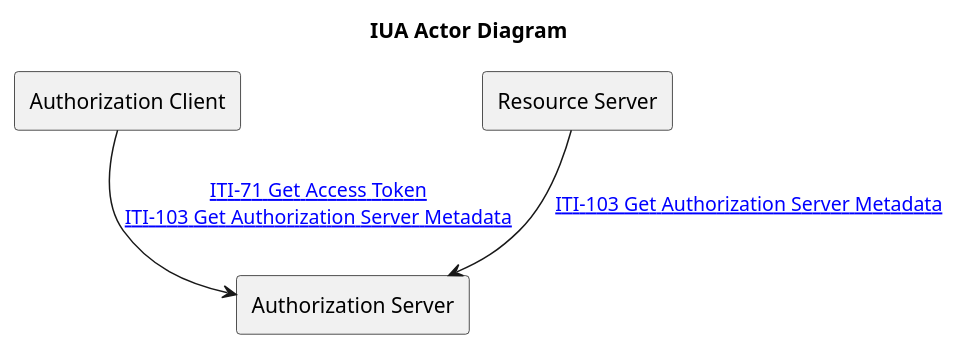
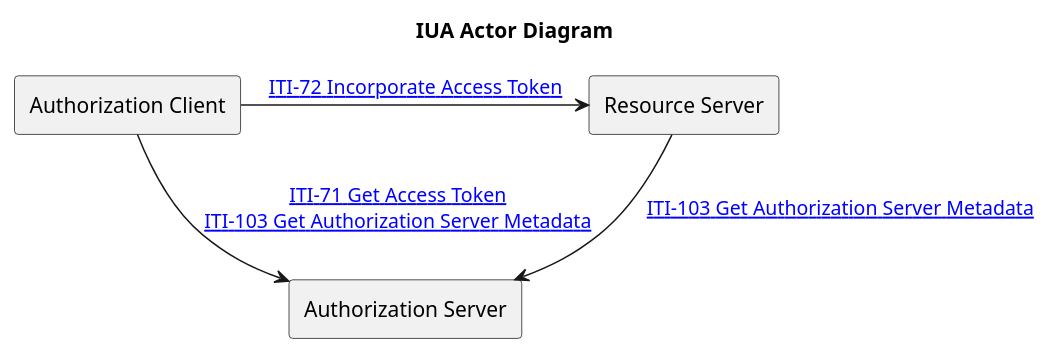
The diagram in input/images-source/IUA_actor_diagram.plantuml (ehealthsuisse/ch-epr-fhir), drawn with PlantUML before and after one commit. The commit also changed 16 other files, not shown here.

Commit message:
Incorporate Access Token [ITI-72] not mentioned in the IUA profile #249

```diff
--- a/input/images-source/IUA_actor_diagram.plantuml
+++ b/input/images-source/IUA_actor_diagram.plantuml
@@ -1,8 +1,9 @@
 @startuml
 title IUA Actor Diagram
 agent "Authorization Client" as Client
 agent "Resource Server" as ResourceServer
 agent "Authorization Server" as Server
+Client -> ResourceServer: "[[iti-72.html ITI-72 Incorporate Access Token]]"
 Client -down-> Server : "[[iti-71.html ITI-71 Get Access Token]]\n[[iti-103.html ITI-103 Get Authorization Server Metadata]]"
 ResourceServer -down-> Server : "[[iti-103.html ITI-103 Get Authorization Server Metadata]]"
 @enduml
```
